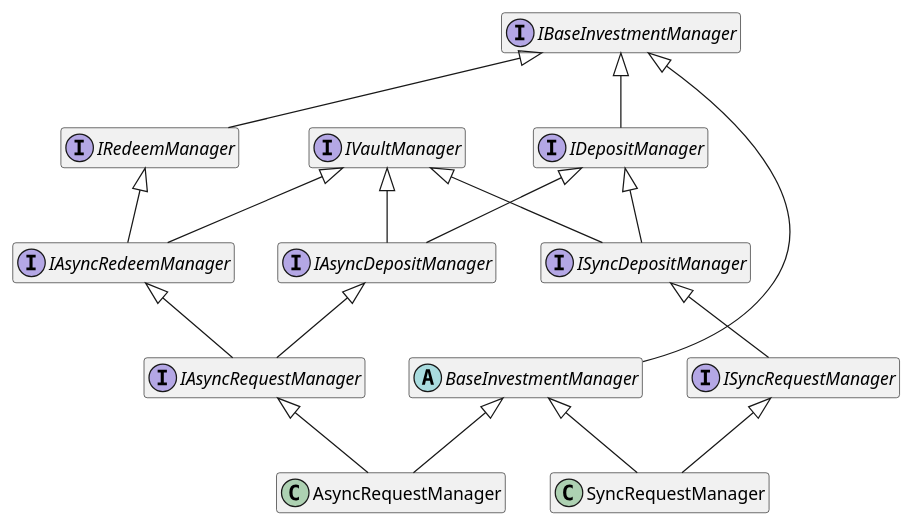
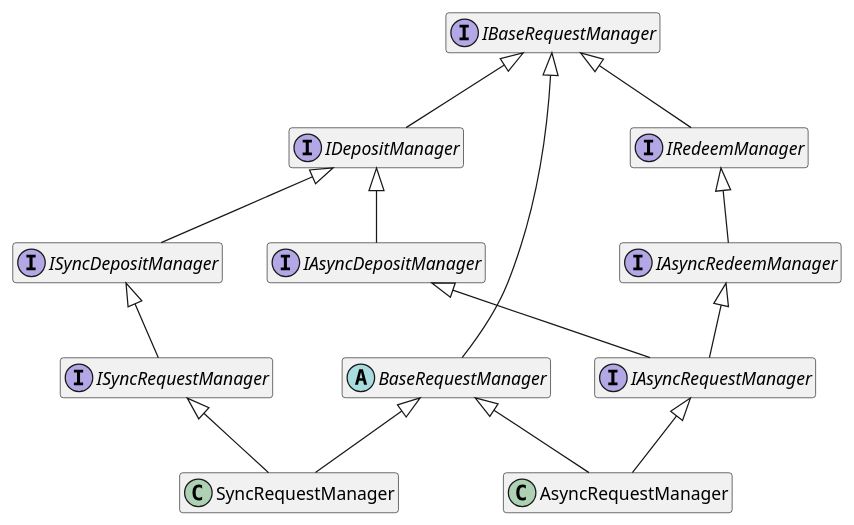
The diagram in docs/architecture/vaults/managers.puml (centrifuge/protocol), drawn with PlantUML before and after one commit. The commit also changed 33 other files, not shown here.

First line of the commit message:
ref: vault & investment manager (#347)

```diff
--- a/docs/architecture/vaults/managers.puml
+++ b/docs/architecture/vaults/managers.puml
@@ -1,43 +1,39 @@
 @startuml
 hide empty members
 
-interface IBaseInvestmentManager
-interface IVaultManager
+interface IBaseRequestManager
 
 interface IDepositManager
 interface IRedeemManager
 
 interface IAsyncDepositManager
 interface ISyncDepositManager
 interface IAsyncRedeemManager
 
 interface IAsyncRequestManager
 interface ISyncRequestManager
 
-IDepositManager -up-|> IBaseInvestmentManager
-IRedeemManager -up-|> IBaseInvestmentManager
+IDepositManager -up-|> IBaseRequestManager
+IRedeemManager -up-|> IBaseRequestManager
 
 IAsyncDepositManager -up-|> IDepositManager
-IAsyncDepositManager -up-|> IVaultManager
 ISyncDepositManager -up-|> IDepositManager
-ISyncDepositManager -up-|> IVaultManager
 IAsyncRedeemManager -up-|> IRedeemManager
-IAsyncRedeemManager -up-|> IVaultManager
 
 IAsyncRequestManager -up-|> IAsyncDepositManager
 IAsyncRequestManager -up-|> IAsyncRedeemManager
 
 ISyncRequestManager -up-|> ISyncDepositManager
 
-abstract BaseInvestmentManager
+abstract BaseRequestManager
 class AsyncRequestManager
 class SyncRequestManager
 
-AsyncRequestManager -up-|> BaseInvestmentManager
-SyncRequestManager -up-|> BaseInvestmentManager
+AsyncRequestManager -up-|> BaseRequestManager
+SyncRequestManager -up-|> BaseRequestManager
 
-BaseInvestmentManager -up-|> IBaseInvestmentManager
+BaseRequestManager -up-|> IBaseRequestManager
 AsyncRequestManager -up-|> IAsyncRequestManager
 SyncRequestManager -up-|> ISyncRequestManager
 
 @enduml
```
